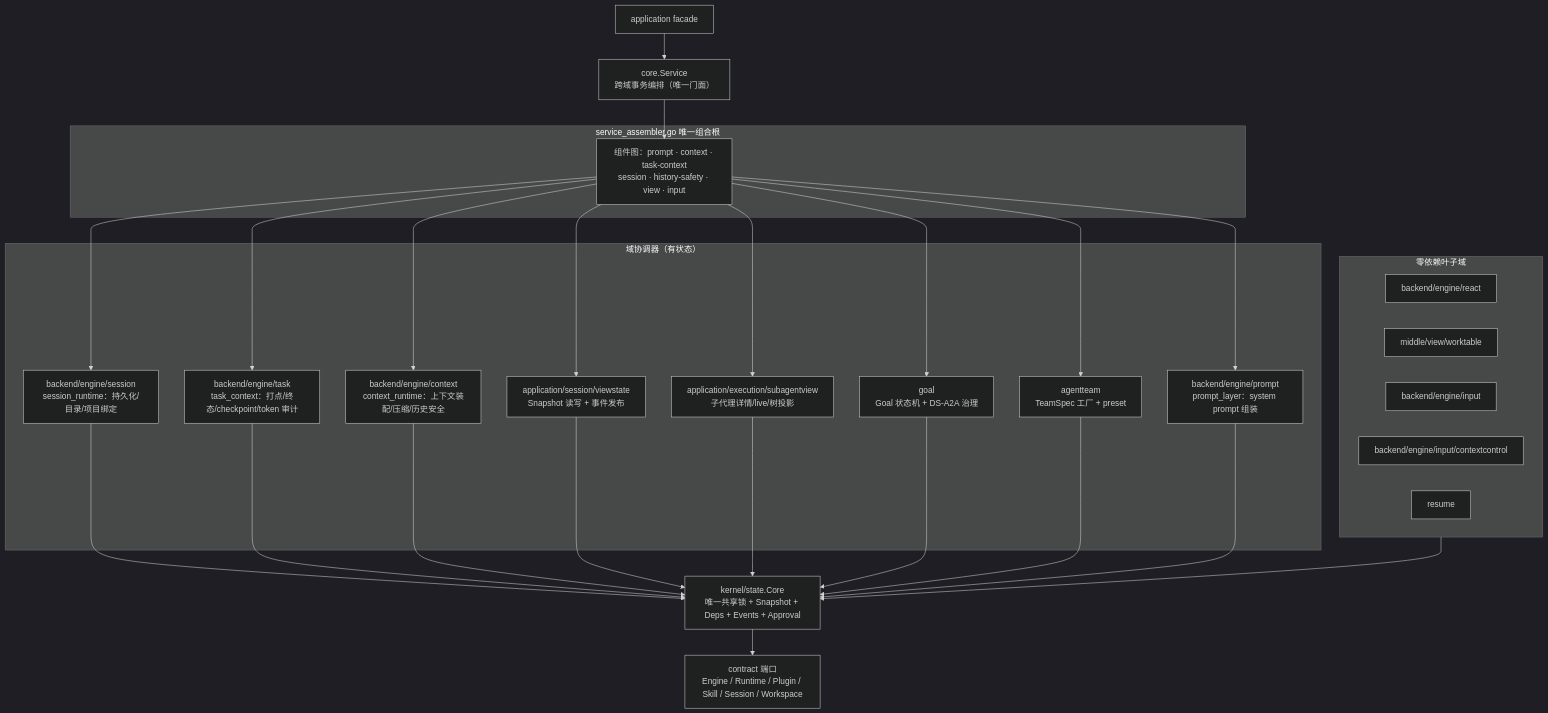
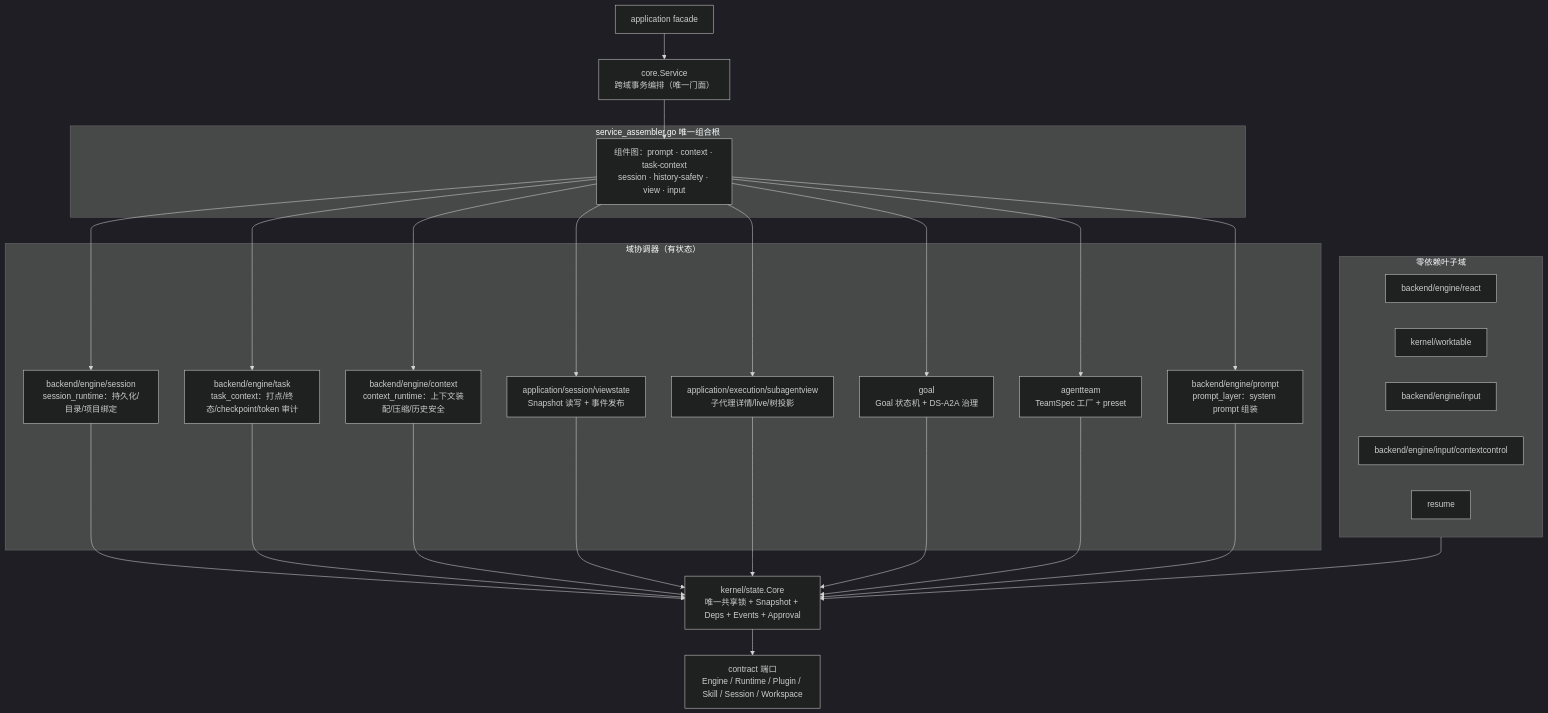
The first of 4 diagrams in application/core/README.md (RedHuang-0622/seelex), drawn with Mermaid (dark theme) before and after one commit. The commit also changed other lines of this file and 47 other files, not shown here.

Commit message:
refactor(worktable): move projection to neutral kernel

````diff
--- a/application/core/README.md
+++ b/application/core/README.md
@@ -49,51 +49,51 @@
 ```mermaid
 flowchart TB
     FACADE["application facade"] --> SVC["core.Service<br/>跨域事务编排（唯一门面）"]
 
     subgraph ASSEMBLER["service_assembler.go 唯一组合根"]
         COMP["组件图：prompt · context · task-context<br/>session · history-safety · view · input"]
     end
 
     SVC --> COMP
 
     subgraph DOMAIN["域协调器（有状态）"]
         SR["backend/engine/session<br/>session_runtime：持久化/目录/项目绑定"]
         TC["backend/engine/task<br/>task_context：打点/终态/checkpoint/token 审计"]
         CR["backend/engine/context<br/>context_runtime：上下文装配/压缩/历史安全"]
         VS["application/session/viewstate<br/>Snapshot 读写 + 事件发布"]
         SV["application/execution/subagentview<br/>子代理详情/live/树投影"]
         GOAL["goal<br/>Goal 状态机 + DS-A2A 治理"]
         TEAM["agentteam<br/>TeamSpec 工厂 + preset"]
         PL["backend/engine/prompt<br/>prompt_layer：system prompt 组装"]
     end
 
     subgraph LEAF["零依赖叶子域"]
         CHAT["backend/engine/react"]
-        WT["middle/view/worktable"]
+        WT["kernel/worktable"]
         IR["backend/engine/input"]
         CC["backend/engine/input/contextcontrol"]
         RES["resume"]
     end
 
     ST["kernel/state.Core<br/>唯一共享锁 + Snapshot + Deps + Events + Approval"]
     PORTS["contract 端口<br/>Engine / Runtime / Plugin / Skill / Session / Workspace"]
 
     COMP --> SR
     COMP --> TC
     COMP --> CR
     COMP --> VS
     COMP --> SV
     COMP --> GOAL
     COMP --> TEAM
     COMP --> PL
     SR --> ST
     TC --> ST
     CR --> ST
     VS --> ST
     SV --> ST
     GOAL --> ST
     TEAM --> ST
     PL --> ST
     LEAF --> ST
     ST --> PORTS
 ```
````
